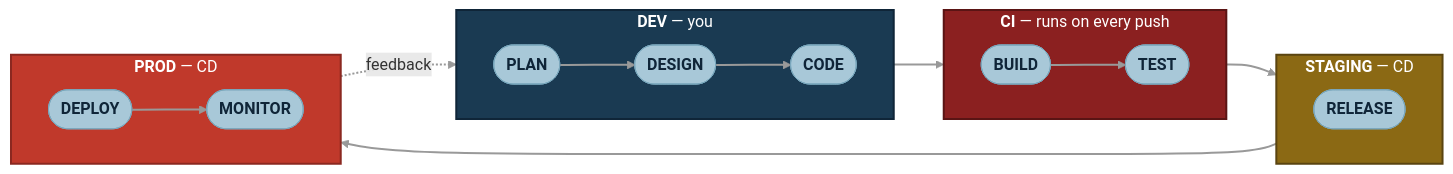
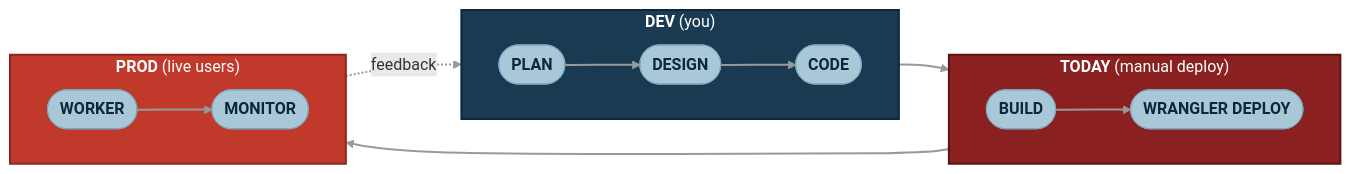
One commit to PuttTim/orbital-26-deployment-workshop changed the fourth of 8 diagrams in slides/pages/part-1.md. Above: the diagram before and after it, drawn with Mermaid. The commit also changed other lines of this file, not shown here.

````diff
--- a/slides/pages/part-1.md
+++ b/slides/pages/part-1.md
@@ -202,36 +295,29 @@
-```mermaid {scale: 0.7}
+```mermaid {scale: 0.68}
 flowchart LR
-    subgraph DEV["<b>DEV</b> — you"]
+    subgraph DEV["<b>DEV</b> (you)"]
         direction LR
         P([PLAN]) --> D([DESIGN]) --> C([CODE])
     end
-    subgraph CI["<b>CI</b> — runs on every push"]
+    subgraph MANUAL["<b>TODAY</b> (manual deploy)"]
         direction LR
-        B([BUILD]) --> T([TEST])
+        B([BUILD]) --> W([WRANGLER DEPLOY])
     end
-    subgraph STG["<b>STAGING</b> — CD"]
+    subgraph PROD["<b>PROD</b> (live users)"]
         direction LR
-        R([RELEASE])
-    end
-    subgraph PROD["<b>PROD</b> — CD"]
-        direction LR
-        O([DEPLOY]) --> M([MONITOR])
+        O([WORKER]) --> M([MONITOR])
     end
     C ==> B
-    T ==> R
-    R ==> O
+    W ==> O
     M -.feedback.-> P
 
     classDef devBox fill:#1a3a52,color:#fff,stroke:#0f2538,stroke-width:2px
     classDef ciBox fill:#8b2020,color:#fff,stroke:#5a1414,stroke-width:2px
-    classDef stgBox fill:#8b6914,color:#fff,stroke:#5a4410,stroke-width:2px
     classDef prodBox fill:#c0392b,color:#fff,stroke:#8b2820,stroke-width:2px
     classDef phase fill:#a8c8d8,color:#0f2538,stroke:#7ba8bd,stroke-width:1px,font-weight:bold
 
     class DEV devBox
-    class CI ciBox
-    class STG stgBox
+    class MANUAL ciBox
     class PROD prodBox
-    class P,D,C,B,T,R,O,M phase
+    class P,D,C,B,W,O,M phase
     linkStyle default stroke:#999,stroke-width:2px
 ```
````
